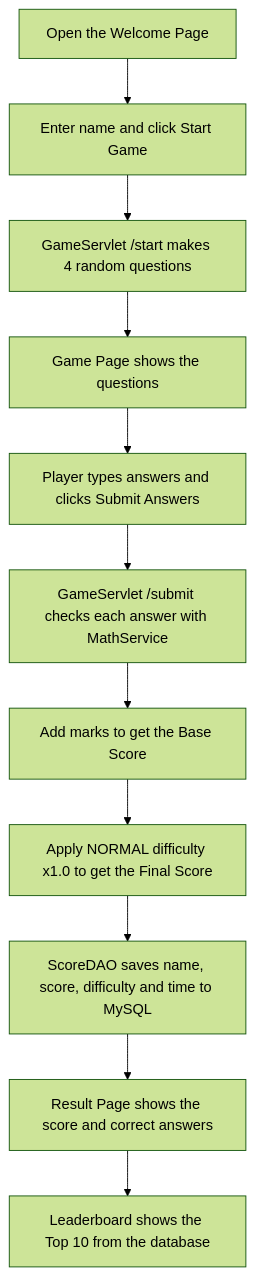
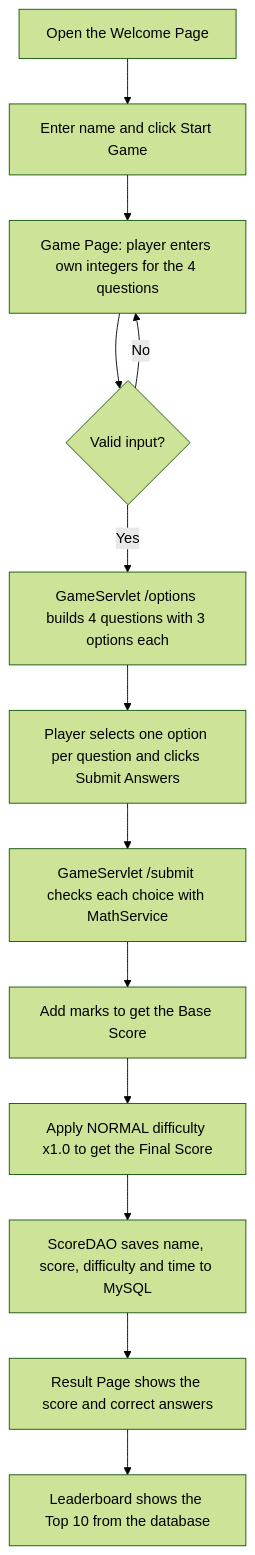
The diagram in MathWhiz/README.md (Shahariar6172/SHAHARIAR-MATH-WHIZ), drawn with Mermaid (forest theme) before and after one commit. The commit also changed other lines of this file and 6 other files, not shown here.

````diff
--- a/MathWhiz/README.md
+++ b/MathWhiz/README.md
@@ -57,13 +84,15 @@
 ```mermaid
 flowchart TD
     A[Open the Welcome Page] --> B[Enter name and click Start Game]
-    B --> C[GameServlet /start makes 4 random questions]
-    C --> D[Game Page shows the questions]
-    D --> E[Player types answers and clicks Submit Answers]
-    E --> F[GameServlet /submit checks each answer with MathService]
-    F --> G[Add marks to get the Base Score]
-    G --> H[Apply NORMAL difficulty x1.0 to get the Final Score]
-    H --> I[ScoreDAO saves name, score, difficulty and time to MySQL]
-    I --> J[Result Page shows the score and correct answers]
-    J --> K[Leaderboard shows the Top 10 from the database]
+    B --> C[Game Page: player enters own integers for the 4 questions]
+    C --> D{Valid input?}
+    D -- No --> C
+    D -- Yes --> E[GameServlet /options builds 4 questions with 3 options each]
+    E --> F[Player selects one option per question and clicks Submit Answers]
+    F --> G[GameServlet /submit checks each choice with MathService]
+    G --> H[Add marks to get the Base Score]
+    H --> I[Apply NORMAL difficulty x1.0 to get the Final Score]
+    I --> J[ScoreDAO saves name, score, difficulty and time to MySQL]
+    J --> K[Result Page shows the score and correct answers]
+    K --> L[Leaderboard shows the Top 10 from the database]
 ```
````
